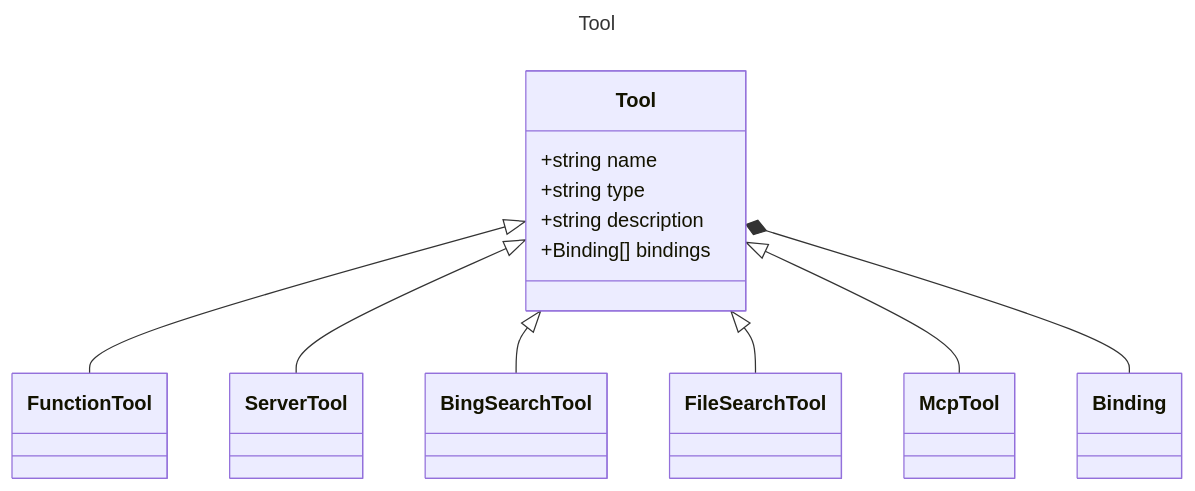
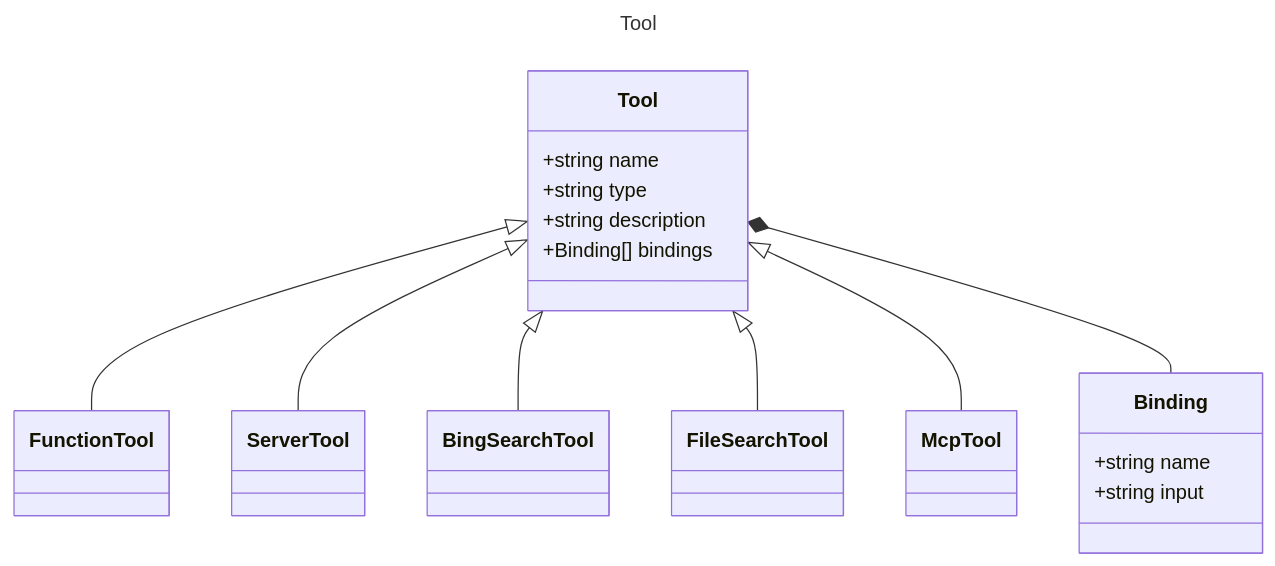
The diagram in specification/prompty/docs/Tool.md (microsoft/prompty), drawn with Mermaid before and after one commit. The commit also changed 14 other files, not shown here.

````diff
--- a/specification/prompty/docs/Tool.md
+++ b/specification/prompty/docs/Tool.md
@@ -7,18 +7,22 @@
 ```mermaid
 ---
 title: Tool
 ---
 classDiagram
+    class Binding {
+        +string name
+        +string input
+    }
     class Tool {
         +string name
         +string type
         +string description
         +Binding[] bindings
     }
     Tool <|-- FunctionTool
     Tool <|-- ServerTool
     Tool <|-- BingSearchTool
     Tool <|-- FileSearchTool
     Tool <|-- McpTool
     Tool *-- Binding
 ```
````
